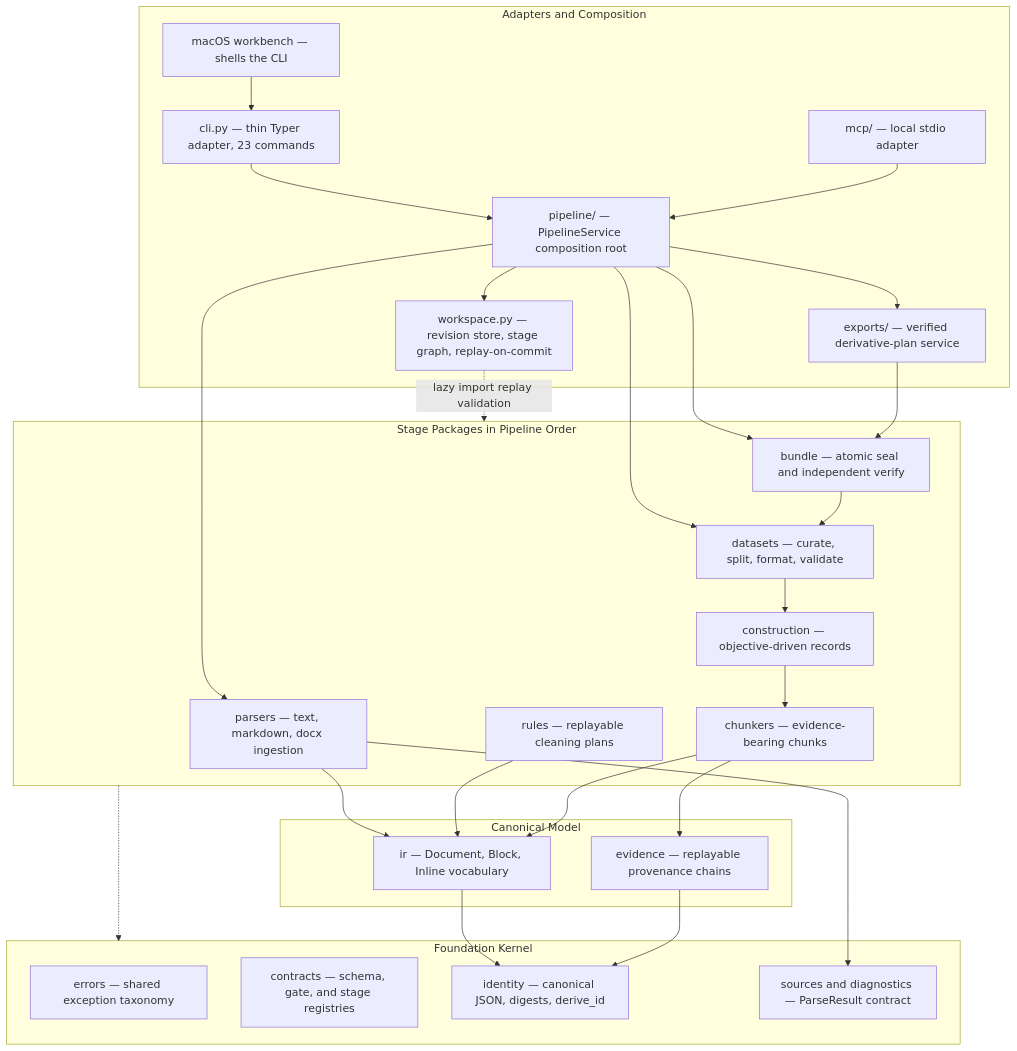
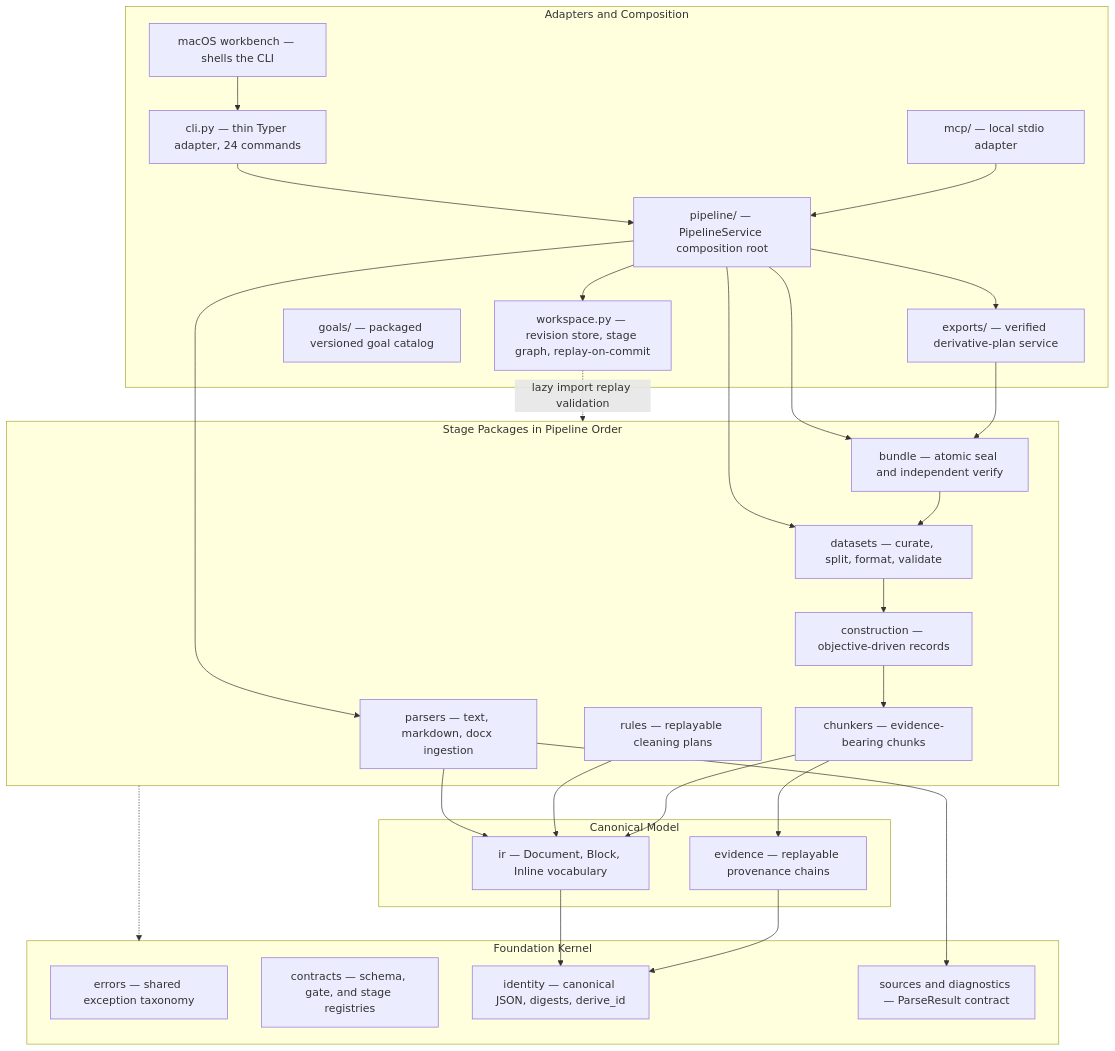
The diagram in docs/architecture/README.md (ogprotege/Veriformis), drawn with Mermaid before and after one commit. The commit also changed 51 other files, not shown here.

First line of the commit message:
feat(goals): add plain-language goal catalog and open Phase 6 (#60)

````diff
--- a/docs/architecture/README.md
+++ b/docs/architecture/README.md
@@ -101,54 +101,55 @@
 ```mermaid
 flowchart TB
     subgraph entry["Adapters and Composition"]
-        CLI["cli.py — thin Typer adapter, 23 commands"]
+        CLI["cli.py — thin Typer adapter, 24 commands"]
         MCP["mcp/ — local stdio adapter"]
         MAC["macOS workbench — shells the CLI"]
         PIP["pipeline/ — PipelineService composition root"]
         EXP["exports/ — verified derivative-plan service"]
+        GOALS["goals/ — packaged versioned goal catalog"]
         WS["workspace.py — revision store, stage graph, replay-on-commit"]
     end
 
     subgraph stages["Stage Packages in Pipeline Order"]
         P["parsers — text, markdown, docx ingestion"]
         R["rules — replayable cleaning plans"]
         C["chunkers — evidence-bearing chunks"]
         CT["construction — objective-driven records"]
         DS["datasets — curate, split, format, validate"]
         B["bundle — atomic seal and independent verify"]
     end
 
     subgraph core["Canonical Model"]
         IR["ir — Document, Block, Inline vocabulary"]
         EV["evidence — replayable provenance chains"]
     end
 
     subgraph foundation["Foundation Kernel"]
         ERR["errors — shared exception taxonomy"]
         CON["contracts — schema, gate, and stage registries"]
         ID["identity — canonical JSON, digests, derive_id"]
         SRC["sources and diagnostics — ParseResult contract"]
     end
 
     CLI --> PIP
     MCP --> PIP
     MAC --> CLI
     PIP --> WS
     PIP --> EXP
     PIP --> P
     PIP --> DS
     PIP --> B
     EXP --> B
     WS -. "lazy import replay validation" .-> stages
     P --> IR
     R --> IR
     C --> IR
     C --> EV
     CT --> C
     DS --> CT
     B --> DS
     P --> SRC
     IR --> ID
     EV --> ID
     stages -.-> foundation
 ```
````
